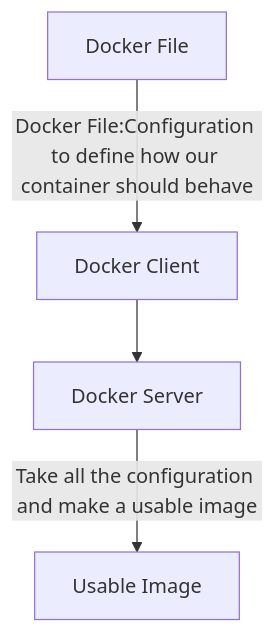
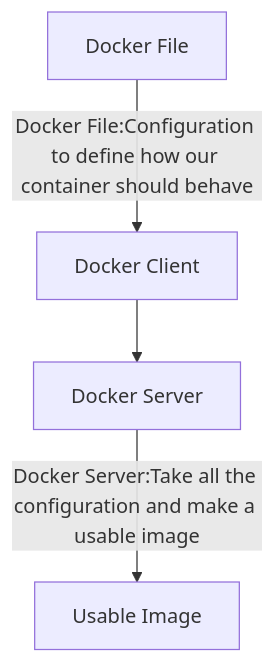
Before and after one commit to albin-joseph/nodejs-micro-service: the fourth of 7 diagrams in README.md, drawn with Mermaid.

````diff
--- a/README.md
+++ b/README.md
@@ -102,10 +102,10 @@
 ``` mermaid
     flowchart TB
         step1["Docker File"]
         step2["Docker Client"]
         step1--Docker File:Configuration to define how our container should behave-->step2
         step3["Docker Server"]
         step2-->step3
         step4["Usable Image"]
-        step3--Take all the configuration and make a usable image-->step4
+        step3--Docker Server:Take all the configuration and make a usable image-->step4
 ```
````
